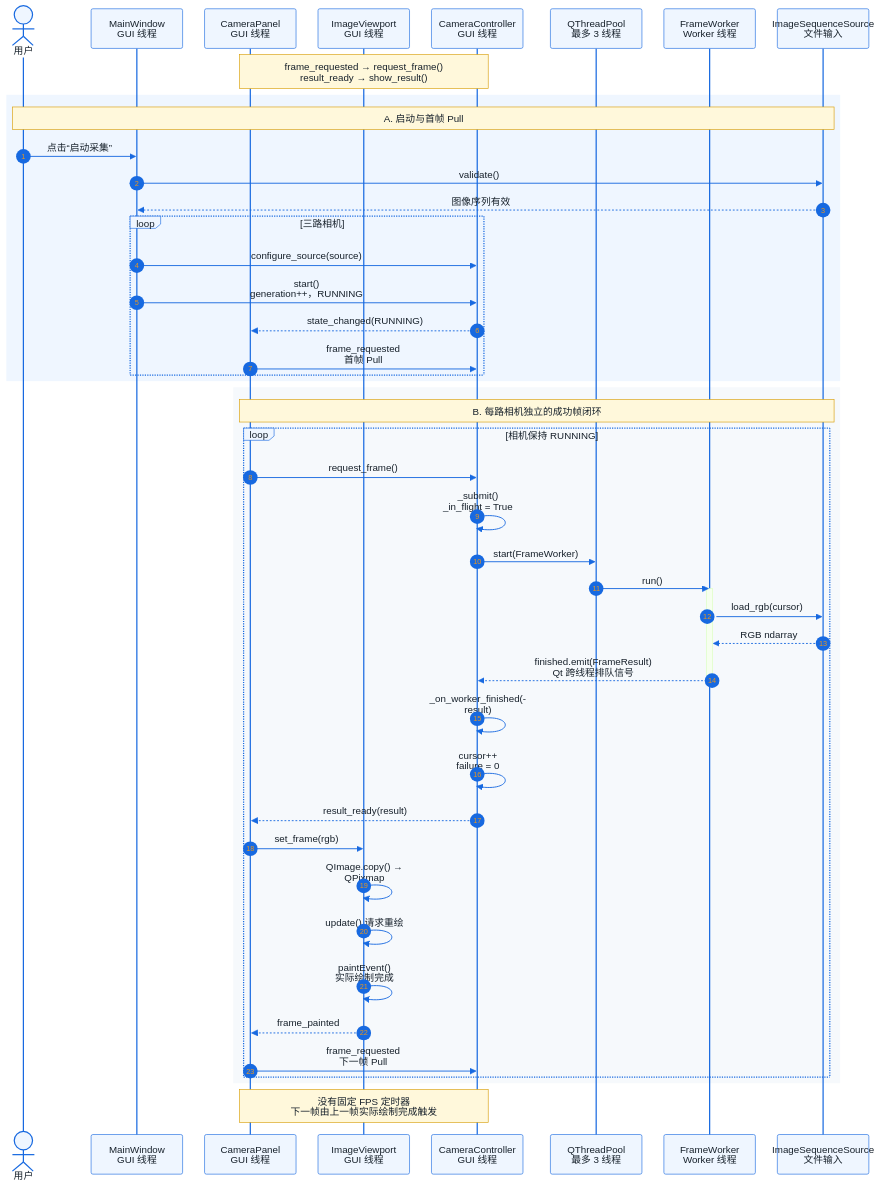
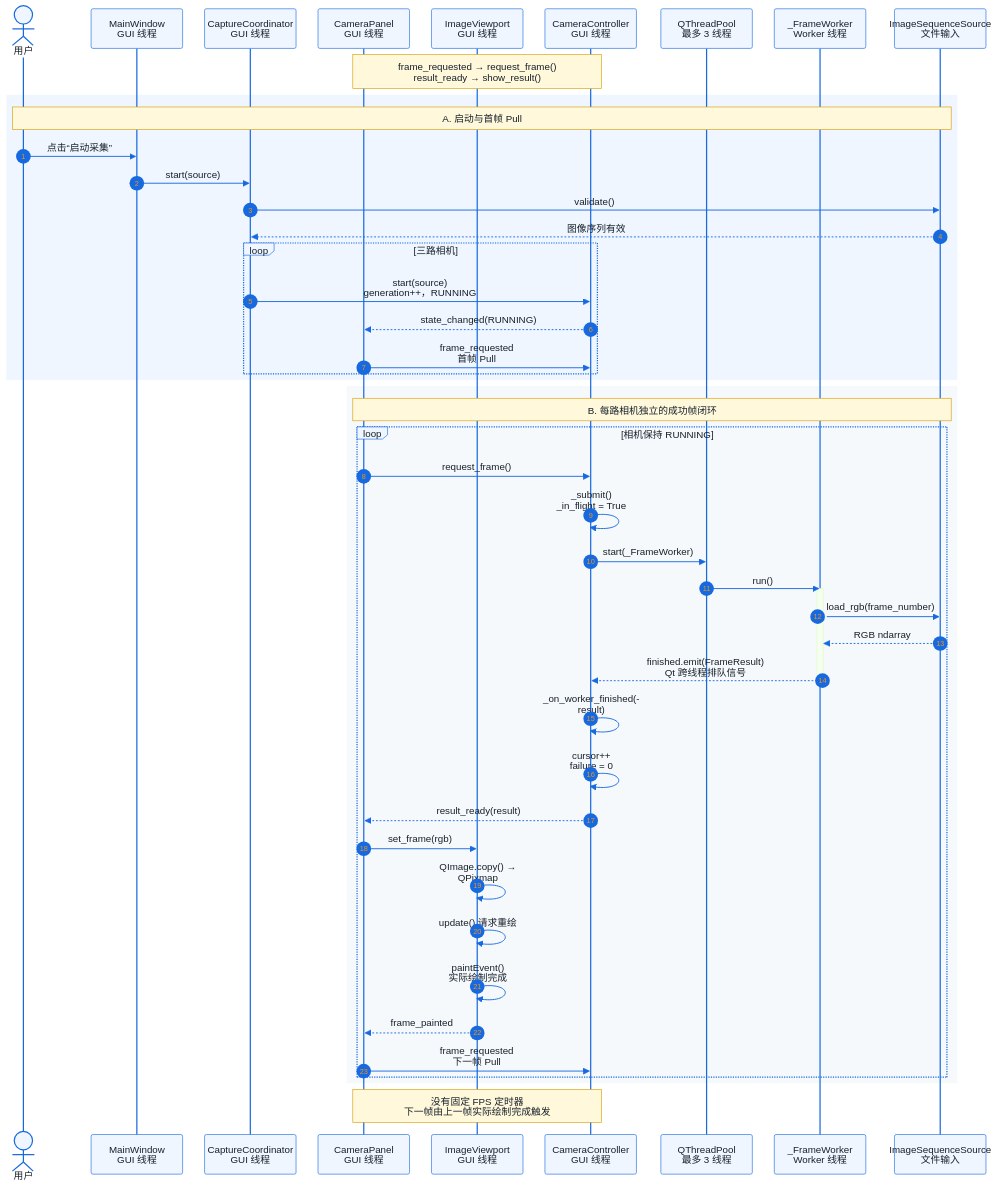
One commit to BlackLotusAL/CameraViewer changed the diagram in docs/VIEW_DRIVEN_PULL.md. Above: the diagram before and after it, drawn with Mermaid. The commit also changed other lines of this file and 15 other files, not shown here.

````diff
--- a/docs/VIEW_DRIVEN_PULL.md
+++ b/docs/VIEW_DRIVEN_PULL.md
@@ -7,58 +7,59 @@
 ```mermaid
 %%{init: {"theme":"base","themeVariables":{"fontFamily":"Microsoft YaHei UI, Noto Sans CJK SC, sans-serif","primaryColor":"#EFF6FF","primaryBorderColor":"#1769E0","primaryTextColor":"#17212B","lineColor":"#1769E0","actorBkg":"#EFF6FF","actorBorder":"#1769E0","actorTextColor":"#17212B","signalColor":"#1769E0","signalTextColor":"#17212B","noteBkgColor":"#FFF8DB","noteBorderColor":"#D79B00","noteTextColor":"#17212B"},"sequence":{"useMaxWidth":true,"wrap":true,"diagramMarginX":24,"diagramMarginY":16,"actorMargin":36,"messageMargin":24}}}%%
 sequenceDiagram
     autonumber
 
     actor User as 用户
     participant MW as MainWindow<br/>GUI 线程
+    participant Coord as CaptureCoordinator<br/>GUI 线程
     participant Panel as CameraPanel<br/>GUI 线程
     participant View as ImageViewport<br/>GUI 线程
     participant Ctrl as CameraController<br/>GUI 线程
     participant Pool as QThreadPool<br/>最多 3 线程
-    participant Worker as FrameWorker<br/>Worker 线程
+    participant Worker as _FrameWorker<br/>Worker 线程
     participant Source as ImageSequenceSource<br/>文件输入
 
     Note over Panel,Ctrl: frame_requested → request_frame()<br/>result_ready → show_result()
 
     rect rgb(239, 246, 255)
         Note over User,Source: A. 启动与首帧 Pull
         User->>MW: 点击“启动采集”
-        MW->>Source: validate()
-        Source-->>MW: 图像序列有效
+        MW->>Coord: start(source)
+        Coord->>Source: validate()
+        Source-->>Coord: 图像序列有效
 
         loop 三路相机
-            MW->>Ctrl: configure_source(source)
-            MW->>Ctrl: start()<br/>generation++，RUNNING
+            Coord->>Ctrl: start(source)<br/>generation++，RUNNING
             Ctrl-->>Panel: state_changed(RUNNING)
             Panel->>Ctrl: frame_requested<br/>首帧 Pull
         end
     end
 
     rect rgb(246, 249, 252)
         Note over Panel,Source: B. 每路相机独立的成功帧闭环
         loop 相机保持 RUNNING
             Panel->>Ctrl: request_frame()
             Ctrl->>Ctrl: _submit()<br/>_in_flight = True
-            Ctrl->>Pool: start(FrameWorker)
+            Ctrl->>Pool: start(_FrameWorker)
             Pool->>Worker: run()
             activate Worker
-            Worker->>Source: load_rgb(cursor)
+            Worker->>Source: load_rgb(frame_number)
             Source-->>Worker: RGB ndarray
             Worker-->>Ctrl: finished.emit(FrameResult)<br/>Qt 跨线程排队信号
             deactivate Worker
 
             Ctrl->>Ctrl: _on_worker_finished(result)
             Ctrl->>Ctrl: cursor++<br/>failure = 0
             Ctrl-->>Panel: result_ready(result)
 
             Panel->>View: set_frame(rgb)
             View->>View: QImage.copy() → QPixmap
             View->>View: update() 请求重绘
             View->>View: paintEvent()<br/>实际绘制完成
             View-->>Panel: frame_painted
             Panel->>Ctrl: frame_requested<br/>下一帧 Pull
         end
     end
 
     Note over Panel,Ctrl: 没有固定 FPS 定时器<br/>下一帧由上一帧实际绘制完成触发
 ```
````
